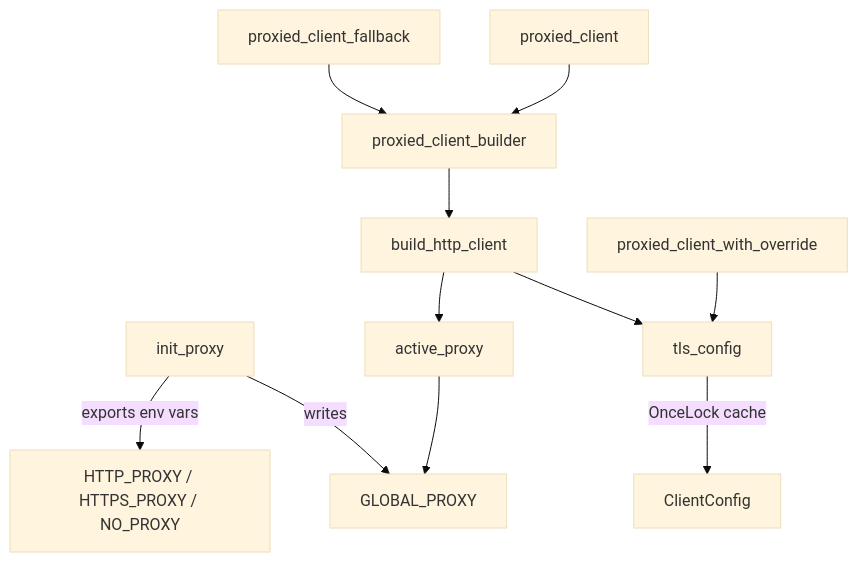
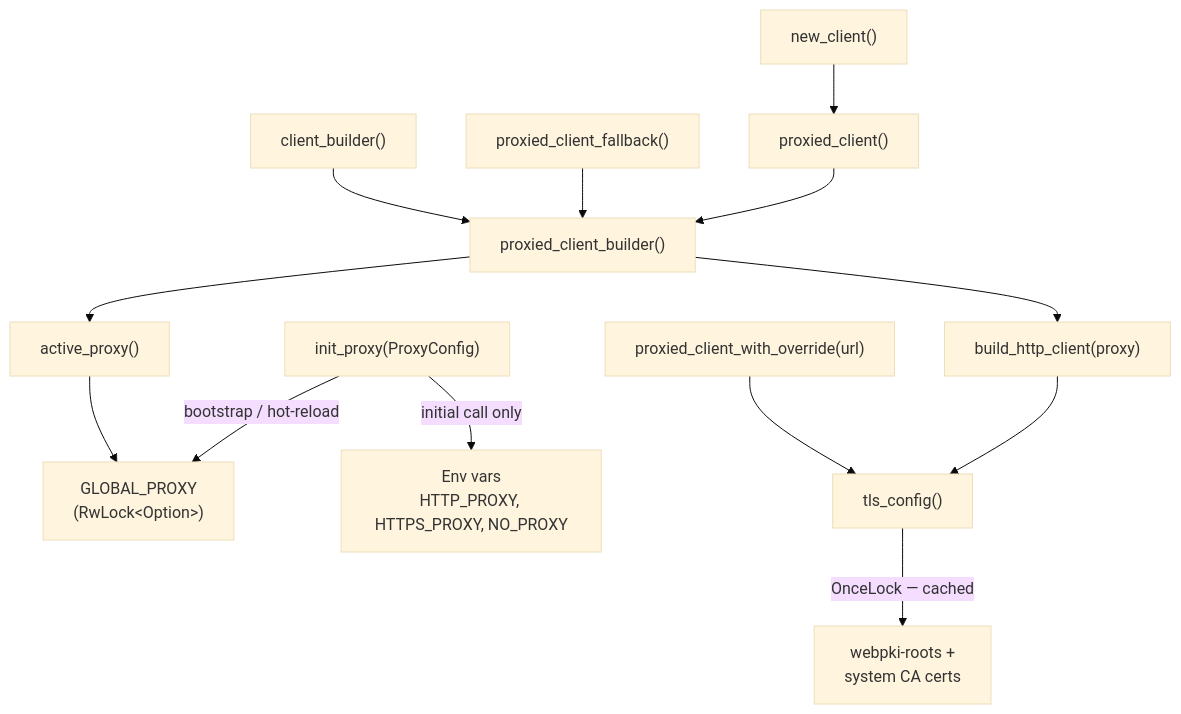
Before and after one commit to leszek3737/librefang-WIki: the diagram in infrastructure-libraries-librefang-http-src.md, drawn with Mermaid (base theme). The commit also changed other lines of this file and 122 other files, not shown here.

````diff
--- a/infrastructure-libraries-librefang-http-src.md
+++ b/infrastructure-libraries-librefang-http-src.md
@@ -15,13 +15,17 @@
 ```mermaid
 graph TD
-    A[init_proxy] -->|writes| B[GLOBAL_PROXY]
-    A -->|exports env vars| C[HTTP_PROXY / HTTPS_PROXY / NO_PROXY]
-    D[tls_config] -->|OnceLock cache| E[ClientConfig]
-    F[proxied_client_builder] --> G[build_http_client]
-    G --> D
-    G --> H[active_proxy]
-    H --> B
-    I[proxied_client] --> F
-    J[proxied_client_fallback] --> F
-    K[proxied_client_with_override] --> D
+    A["init_proxy(ProxyConfig)"] -->|"bootstrap / hot-reload"| B["GLOBAL_PROXY<br/>(RwLock&lt;Option&gt;)"]
+    A -->|"initial call only"| C["Env vars<br/>HTTP_PROXY, HTTPS_PROXY, NO_PROXY"]
+
+    D["proxied_client_builder()"] --> E["active_proxy()"]
+    E --> B
+    D --> F["build_http_client(proxy)"]
+    F --> G["tls_config()"]
+    G -->|"OnceLock — cached"| H["webpki-roots +<br/>system CA certs"]
+
+    I["proxied_client()"] --> D
+    J["proxied_client_fallback()"] --> D
+    K["proxied_client_with_override(url)"] --> G
+    L["client_builder()"] --> D
+    M["new_client()"] --> I
 ```
````
